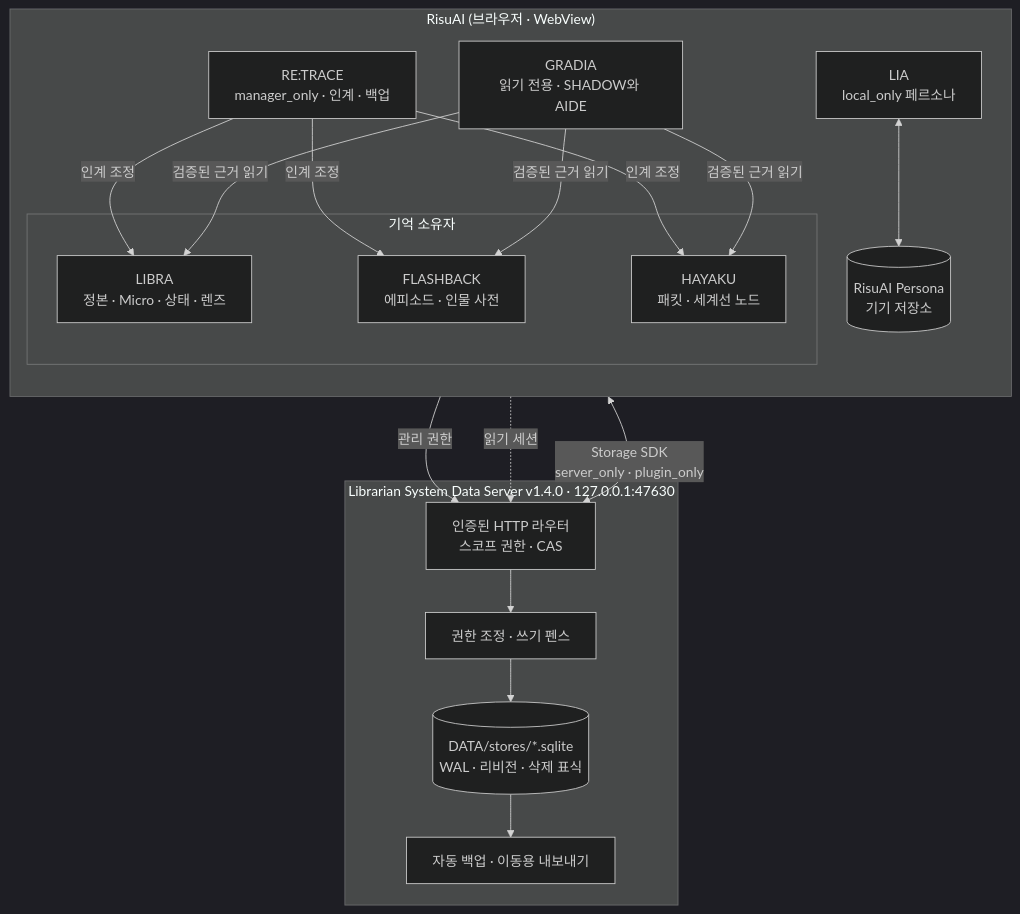
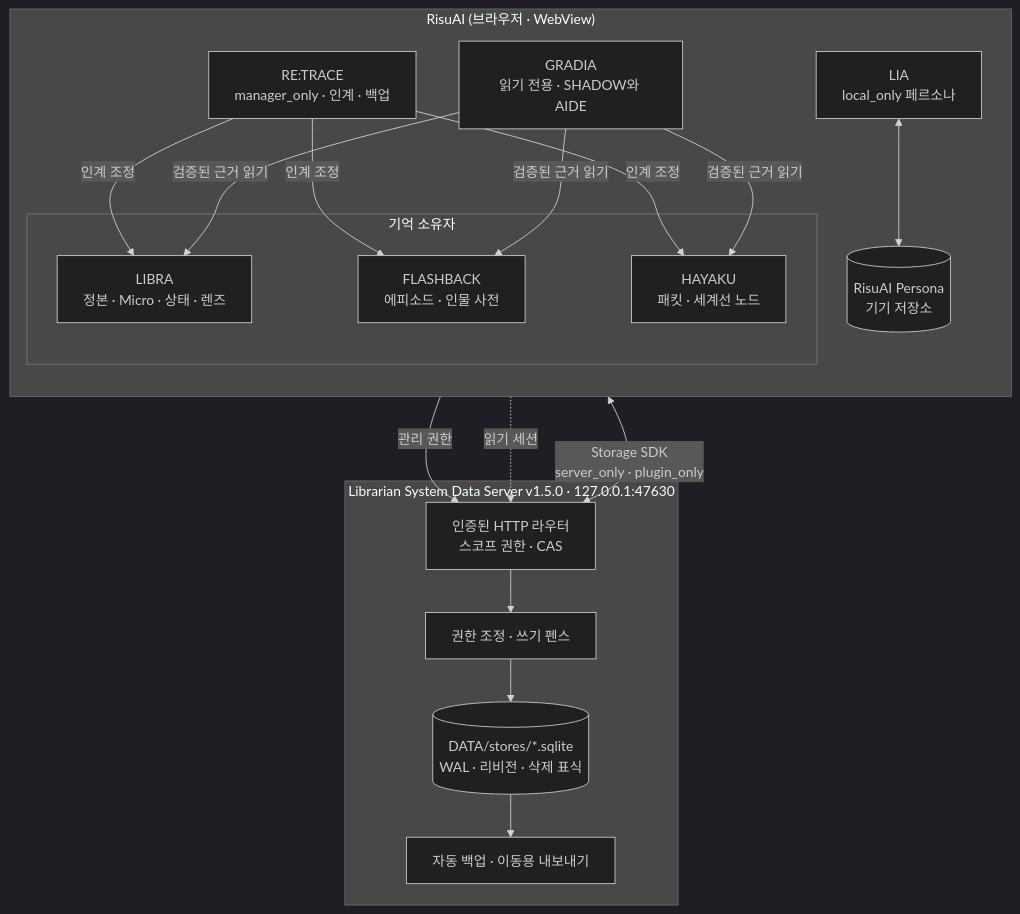
One commit to rusinus12-droid/Librarian-System changed the diagram in README.md. Above: the diagram before and after it, drawn with Mermaid (dark theme). The commit also changed other lines of this file and 13 other files, not shown here.

````diff
--- a/README.md
+++ b/README.md
@@ -62,31 +62,31 @@
 ```mermaid
 flowchart TB
     subgraph Host["RisuAI (브라우저 · WebView)"]
         direction TB
         subgraph Owners["기억 소유자"]
             LIBRA["LIBRA<br/>정본 · Micro · 상태 · 렌즈"]
             FB["FLASHBACK<br/>에피소드 · 인물 사전"]
             HAYAKU["HAYAKU<br/>패킷 · 세계선 노드"]
         end
         LIA["LIA<br/>local_only 페르소나"]
         Persona[("RisuAI Persona<br/>기기 저장소")]
         LIA <--> Persona
         RETRACE["RE:TRACE<br/>manager_only · 인계 · 백업"]
         RETRACE -->|인계 조정| LIBRA & FB & HAYAKU
         GRADIA["GRADIA<br/>읽기 전용 · SHADOW와 AIDE"]
         GRADIA -->|검증된 근거 읽기| LIBRA & FB & HAYAKU
     end
 
-    subgraph Server["Librarian System Data Server v1.4.0 · 127.0.0.1:47630"]
+    subgraph Server["Librarian System Data Server v1.5.0 · 127.0.0.1:47630"]
         Router["인증된 HTTP 라우터<br/>스코프 권한 · CAS"]
         Coord["권한 조정 · 쓰기 펜스"]
         SQLite[("DATA/stores/*.sqlite<br/>WAL · 리비전 · 삭제 표식")]
         Backup["자동 백업 · 이동용 내보내기"]
         Router --> Coord --> SQLite
         SQLite --> Backup
     end
 
     Owners <-->|"Storage SDK<br/>server_only · plugin_only"| Router
     RETRACE -->|관리 권한| Router
     GRADIA -.->|읽기 세션| Router
 ```
````
